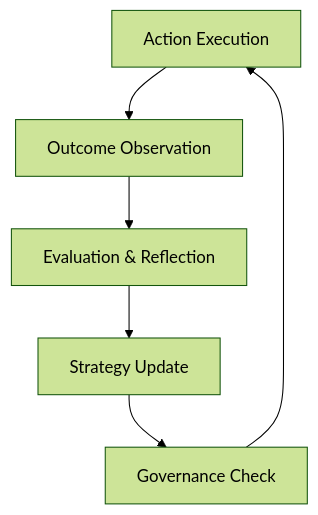
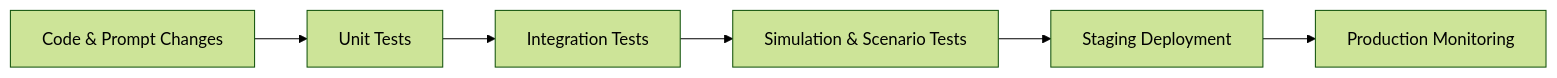
One commit to m-rizqinovniari/agentic-handbook changed the second of 4 diagrams in docusaurus/docs/part-4/chapter-15.md. Above: the diagram before and after it, drawn with Mermaid (forest theme). The commit also changed other lines of this file and 19 other files, not shown here.

````diff
--- a/docusaurus/docs/part-4/chapter-15.md
+++ b/docusaurus/docs/part-4/chapter-15.md
@@ -204,8 +147,8 @@
 ```mermaid
-flowchart TD
-    A[Action Execution] --> O[Outcome Observation]
-    O --> E[Evaluation & Reflection]
-    E --> U[Strategy Update]
-    U --> G[Governance Check]
-    G --> A
+flowchart LR
+    A[Code & Prompt Changes] --> B[Unit Tests]
+    B --> C[Integration Tests]
+    C --> D[Simulation & Scenario Tests]
+    D --> E[Staging Deployment]
+    E --> F[Production Monitoring]
 ```
````
